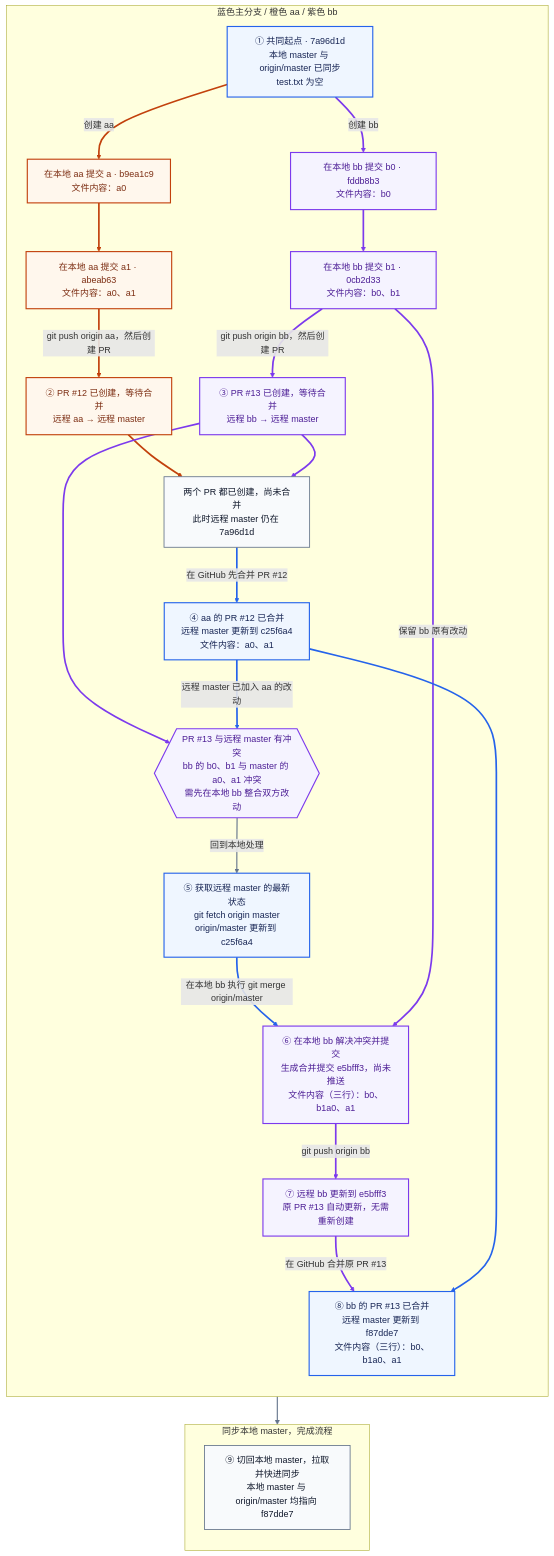
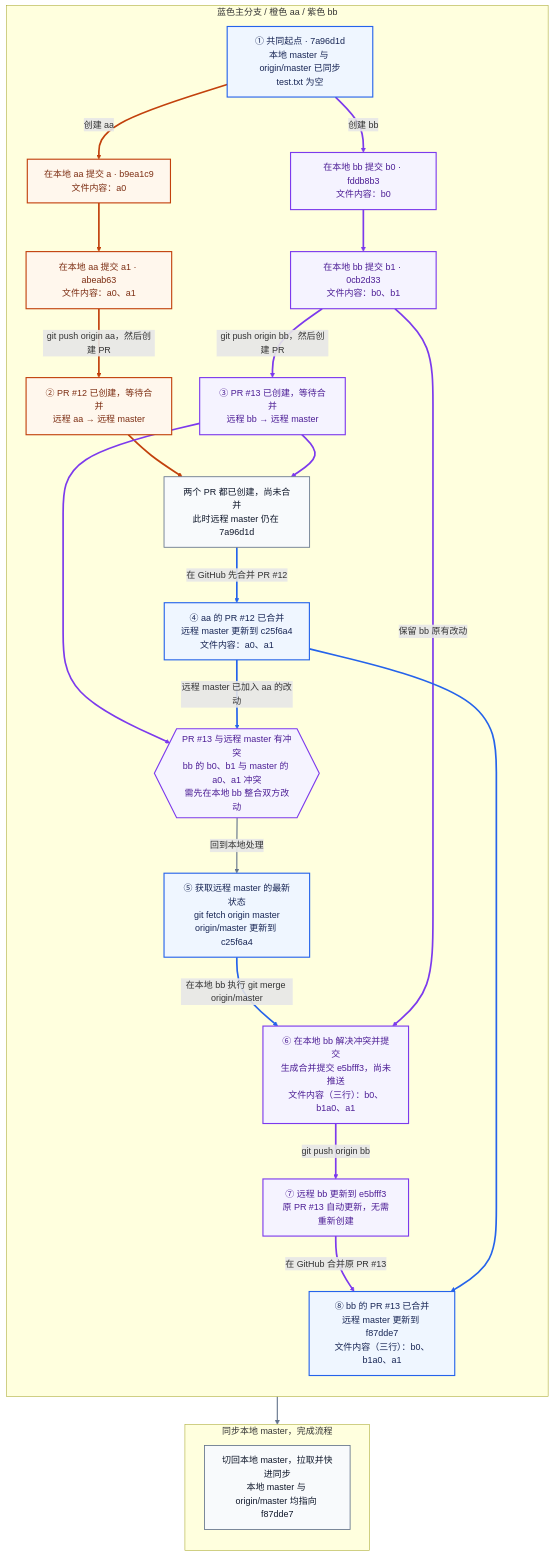
One commit to dcdmm/Script changed the diagram in git-team-workflow-pr-first.md. Above: the diagram before and after it, drawn with Mermaid. The commit also changed other lines of this file and 2 other files, not shown here.

````diff
--- a/git-team-workflow-pr-first.md
+++ b/git-team-workflow-pr-first.md
@@ -1,60 +1,60 @@
 ```mermaid
 flowchart TD
     subgraph WORK["蓝色主分支 / 橙色 aa / 紫色 bb"]
         direction TD
 
         O["① 共同起点 · 7a96d1d<br/>本地 master 与 origin/master 已同步<br/>test.txt 为空"]
         A0["在本地 aa 提交 a · b9ea1c9<br/>文件内容：a0"]
         A1["在本地 aa 提交 a1 · abeab63<br/>文件内容：a0、a1"]
         PA["② PR #12 已创建，等待合并<br/>远程 aa → 远程 master"]
         B0["在本地 bb 提交 b0 · fddb8b3<br/>文件内容：b0"]
         B1["在本地 bb 提交 b1 · 0cb2d33<br/>文件内容：b0、b1"]
         PB["③ PR #13 已创建，等待合并<br/>远程 bb → 远程 master"]
         READY["两个 PR 都已创建，尚未合并<br/>此时远程 master 仍在 7a96d1d"]
         P12["④ aa 的 PR #12 已合并<br/>远程 master 更新到 c25f6a4<br/>文件内容：a0、a1"]
         X{{"PR #13 与远程 master 有冲突<br/>bb 的 b0、b1 与 master 的 a0、a1 冲突<br/>需先在本地 bb 整合双方改动"}}
         FETCH["⑤ 获取远程 master 的最新状态<br/>git fetch origin master<br/>origin/master 更新到 c25f6a4"]
         M["⑥ 在本地 bb 解决冲突并提交<br/>生成合并提交 e5bfff3，尚未推送<br/>文件内容（三行）：b0、b1a0、a1"]
         UPDATE["⑦ 远程 bb 更新到 e5bfff3<br/>原 PR #13 自动更新，无需重新创建"]
         P13["⑧ bb 的 PR #13 已合并<br/>远程 master 更新到 f87dde7<br/>文件内容（三行）：b0、b1a0、a1"]
     end
 
     subgraph FINISH["同步本地 master，完成流程"]
         direction TD
-        SYNC["⑨ 切回本地 master，拉取并快进同步<br/>本地 master 与 origin/master 均指向 f87dde7"]
+        SYNC["切回本地 master，拉取并快进同步<br/>本地 master 与 origin/master 均指向 f87dde7"]
     end
 
     O -->|"创建 aa"| A0
     A0 --> A1
     A1 -->|"git push origin aa，然后创建 PR"| PA
     O -->|"创建 bb"| B0
     B0 --> B1
     B1 -->|"git push origin bb，然后创建 PR"| PB
     PA --> READY
     PB --> READY
     READY -->|"在 GitHub 先合并 PR #12"| P12
     PB --> X
     P12 -->|"远程 master 已加入 aa 的改动"| X
     X -->|"回到本地处理"| FETCH
     FETCH -->|"在本地 bb 执行 git merge origin/master"| M
     B1 -->|"保留 bb 原有改动"| M
     M -->|"git push origin bb"| UPDATE
     UPDATE -->|"在 GitHub 合并原 PR #13"| P13
     P12 --> P13
     P13 --> SYNC
 
     classDef mainNode fill:#eff6ff,stroke:#2563eb,color:#172554,stroke-width:2px;
     classDef aaNode fill:#fff7ed,stroke:#c2410c,color:#7c2d12,stroke-width:2px;
     classDef bbNode fill:#f5f3ff,stroke:#7c3aed,color:#4c1d95,stroke-width:2px;
     classDef actionNode fill:#f8fafc,stroke:#64748b,color:#0f172a,stroke-width:1.5px;
 
     class O,P12,FETCH,P13 mainNode;
     class A0,A1,PA aaNode;
     class B0,B1,PB,X,M,UPDATE bbNode;
     class READY,SYNC actionNode;
 
     linkStyle 0,1,2,6 stroke:#c2410c,stroke-width:3px;
     linkStyle 3,4,5,7,9,13,14,15 stroke:#7c3aed,stroke-width:3px;
     linkStyle 8,10,12,16 stroke:#2563eb,stroke-width:3px;
     linkStyle 11,17 stroke:#64748b,stroke-width:2px;
 ```
````
